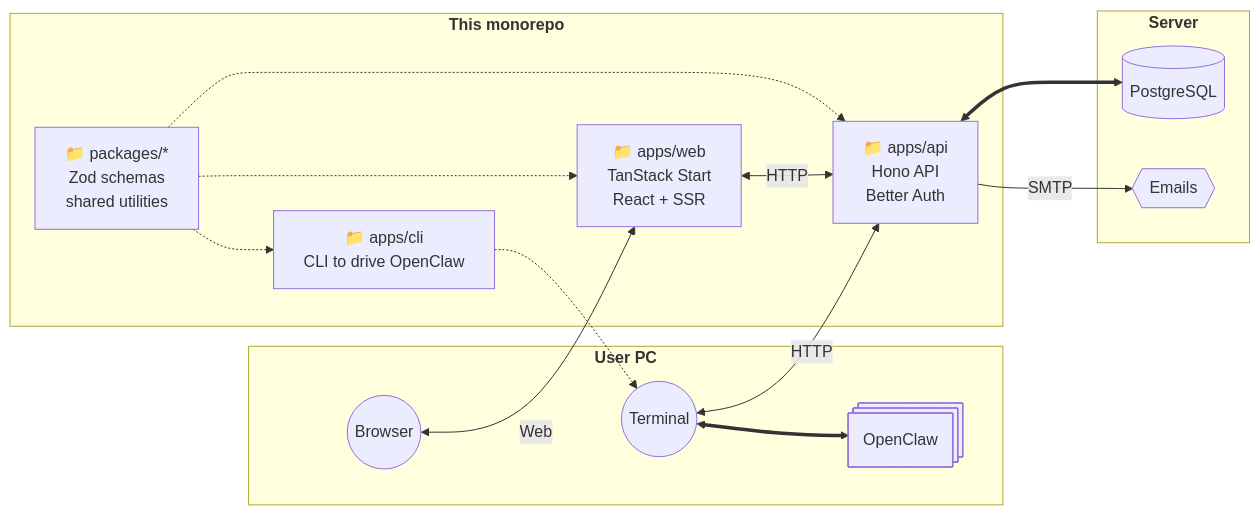
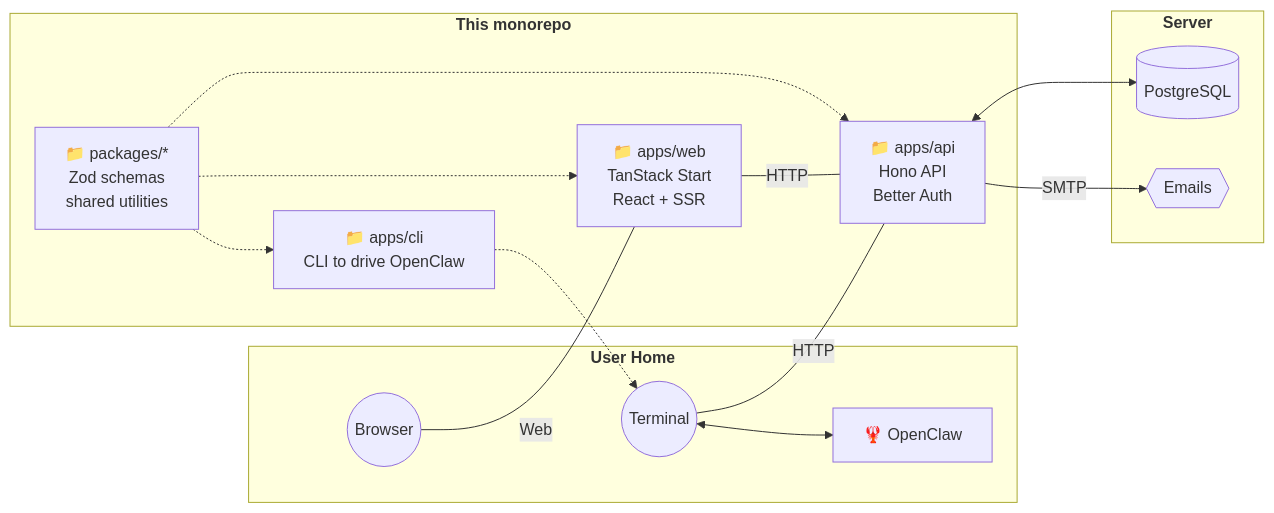
The diagram in docs/index.md (SubZtep/admin-starter), drawn with Mermaid before and after one commit. The commit also changed other lines of this file and 7 other files, not shown here.

````diff
--- a/docs/index.md
+++ b/docs/index.md
@@ -13,33 +13,33 @@
 ```mermaid
 flowchart LR
-  subgraph "`**User PC**`"
+  subgraph "`**User Home**`"
     U((Browser))
     UW((Terminal))
-    O@{ shape: processes, label: "OpenClaw"}
+    O["🦞 OpenClaw"]
   end
 
   subgraph "`**Server**`"
     D[(PostgreSQL)]
     E{{Emails}}
   end
 
   subgraph "`**This monorepo**`"
     A["📁 apps/api<br/>Hono API<br/>Better Auth"]
     W["📁 apps/web<br/>TanStack Start<br/>React + SSR"]
     P["📁 packages/*<br/>Zod schemas<br/>shared utilities"]
     WW["📁 apps/cli<br/>CLI to drive OpenClaw"]
   end
 
   P -.-> A
   P -.-> W
   P -.-> WW
 
-  U <-->|Web| W
-  UW <-->|HTTP| A
-  UW <==> O
+  U -- Web --- W
+  UW -- HTTP --- A
+  UW <--> O
   WW -.-> UW
 
-  W <-->|HTTP| A
-  A <==> D
-  A -->|SMTP| E
+  W -- HTTP --- A
+  A <--> D
+  A -- SMTP --> E
 ```
````
